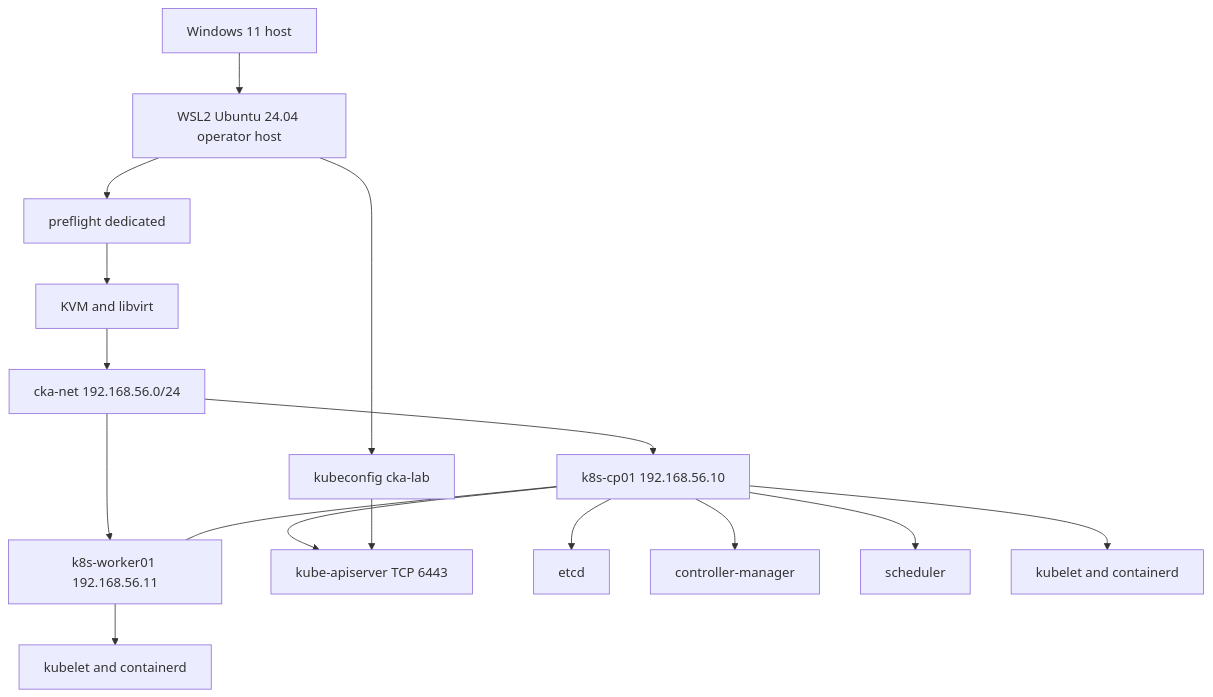
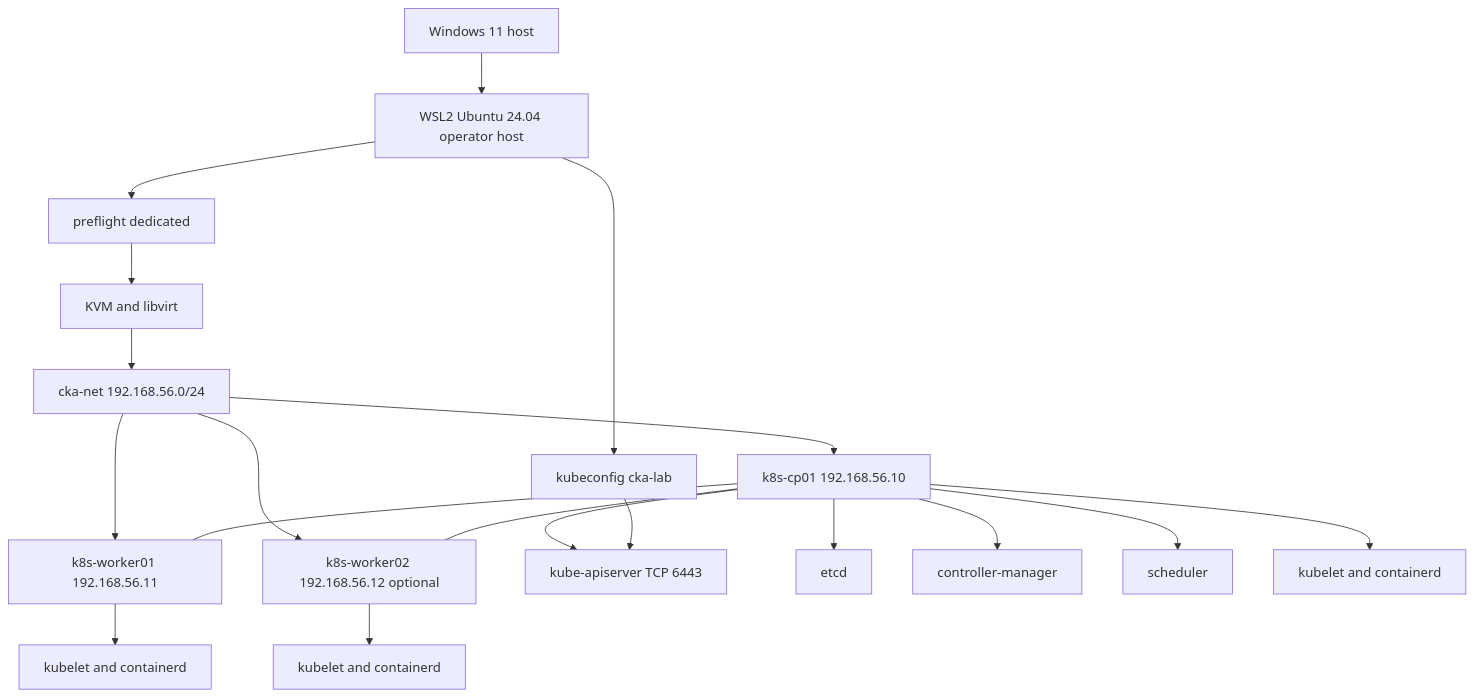
The second of 4 diagrams in docs/architecture-and-operations.md (secopsarch/k8s-disposable-lab), drawn with Mermaid before and after one commit. The commit also changed other lines of this file and 5 other files, not shown here.

````diff
--- a/docs/architecture-and-operations.md
+++ b/docs/architecture-and-operations.md
@@ -31,18 +31,21 @@
 ```mermaid
 flowchart TB
     windows["Windows 11 host"] --> wsl["WSL2 Ubuntu 24.04 operator host"]
     wsl --> preflight["preflight dedicated"]
     preflight --> hypervisor["KVM and libvirt"]
     hypervisor --> network["cka-net 192.168.56.0/24"]
     network --> controlplane["k8s-cp01 192.168.56.10"]
-    network --> worker["k8s-worker01 192.168.56.11"]
+    network --> workerone["k8s-worker01 192.168.56.11"]
+    network --> workertwo["k8s-worker02 192.168.56.12 optional"]
     controlplane --> apiserver["kube-apiserver TCP 6443"]
     controlplane --> etcd["etcd"]
     controlplane --> controller["controller-manager"]
     controlplane --> scheduler["scheduler"]
     controlplane --> cpnode["kubelet and containerd"]
-    worker --> workernode["kubelet and containerd"]
-    controlplane --- worker
+    workerone --> workeronenode["kubelet and containerd"]
+    workertwo --> workertwonode["kubelet and containerd"]
+    controlplane --- workerone
+    controlplane --- workertwo
     wsl --> kubeconfig["kubeconfig cka-lab"]
     kubeconfig --> apiserver
 ```
````
